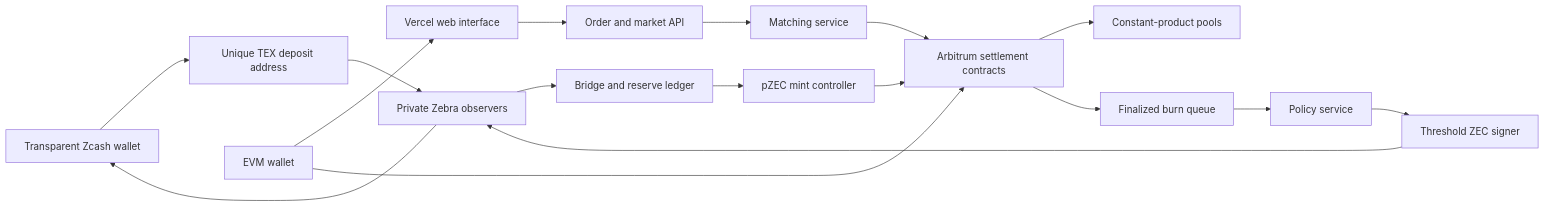
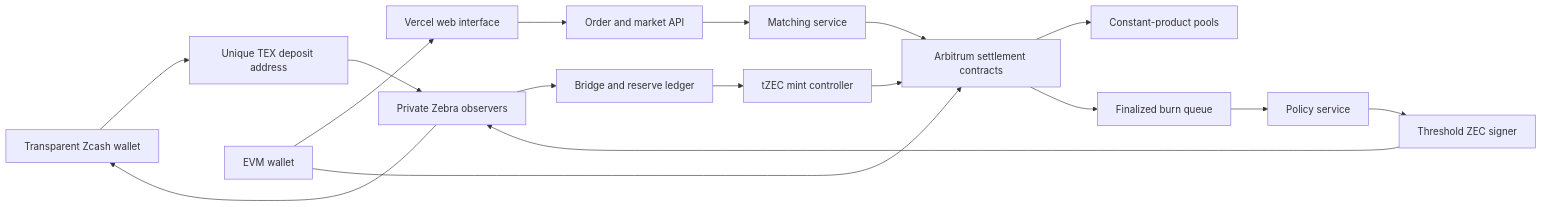
Before and after one commit to EauDoon/Phlebas: the diagram in docs/ARCHITECTURE.md, drawn with Mermaid. The commit also changed other lines of this file, not shown here.

Commit message:
docs(architecture): stop listing pZEC as the candidate ERC-20 form

````diff
--- a/docs/ARCHITECTURE.md
+++ b/docs/ARCHITECTURE.md
@@ -59,21 +61,21 @@
 ```mermaid
 flowchart LR
     ZW[Transparent Zcash wallet] --> TEX[Unique TEX deposit address]
     TEX --> ZN[Private Zebra observers]
     ZN --> BL[Bridge and reserve ledger]
-    BL --> MC[pZEC mint controller]
+    BL --> MC[tZEC mint controller]
     MC --> AR[Arbitrum settlement contracts]
 
     EW[EVM wallet] --> UI[Vercel web interface]
     UI --> API[Order and market API]
     API --> ME[Matching service]
     ME --> AR
     EW --> AR
     AR --> AMM[Constant-product pools]
 
     AR --> BQ[Finalized burn queue]
     BQ --> PS[Policy service]
     PS --> TS[Threshold ZEC signer]
     TS --> ZN
     ZN --> ZW
 ```
````
